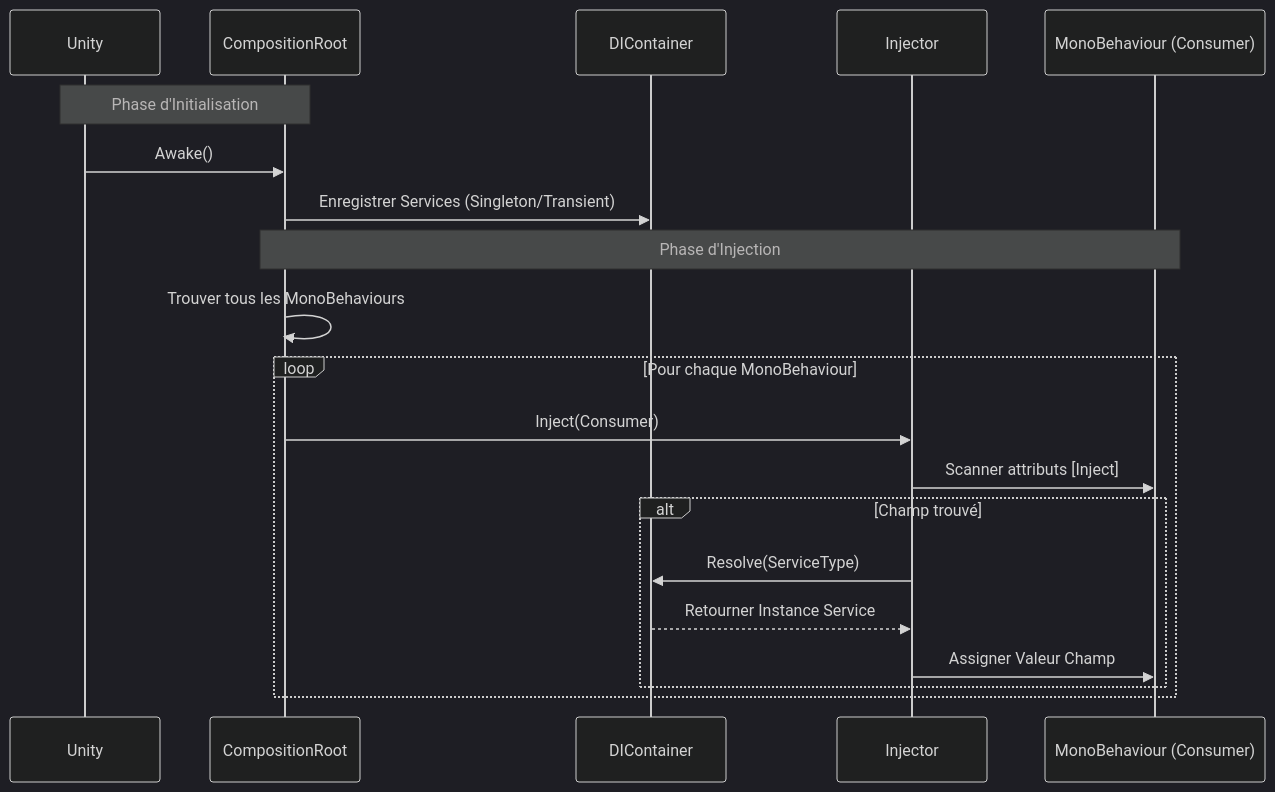
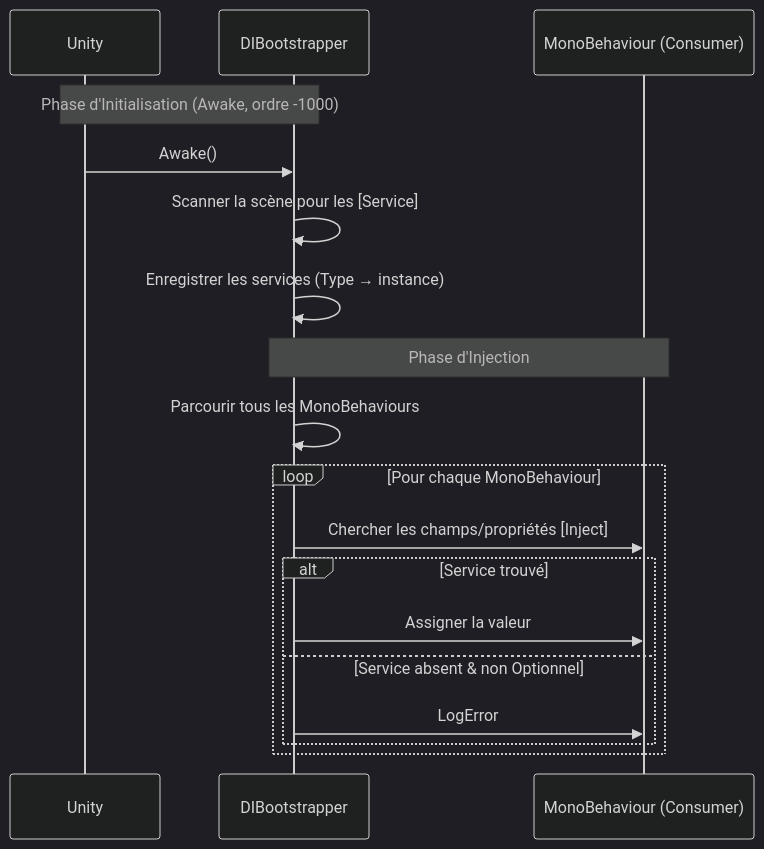
Before and after one commit to EthanDalessandro/EthanToolBox: the diagram in README.fr.md, drawn with Mermaid (dark theme). The commit also changed other lines of this file and 1 other file, not shown here.

````diff
--- a/README.fr.md
+++ b/README.fr.md
@@ -26,24 +28,22 @@
 ```mermaid
 sequenceDiagram
     participant Unity
-    participant Root as CompositionRoot
-    participant Container as DIContainer
-    participant Injector
+    participant Bootstrapper as DIBootstrapper
     participant Consumer as MonoBehaviour (Consumer)
 
-    Note over Unity, Root: Phase d'Initialisation
-    Unity->>Root: Awake()
-    Root->>Container: Enregistrer Services (Singleton/Transient)
-    
-    Note over Root, Consumer: Phase d'Injection
-    Root->>Root: Trouver tous les MonoBehaviours
+    Note over Unity, Bootstrapper: Phase d'Initialisation (Awake, ordre -1000)
+    Unity->>Bootstrapper: Awake()
+    Bootstrapper->>Bootstrapper: Scanner la scène pour les [Service]
+    Bootstrapper->>Bootstrapper: Enregistrer les services (Type → instance)
+
+    Note over Bootstrapper, Consumer: Phase d'Injection
+    Bootstrapper->>Bootstrapper: Parcourir tous les MonoBehaviours
     loop Pour chaque MonoBehaviour
-        Root->>Injector: Inject(Consumer)
-        Injector->>Consumer: Scanner attributs [Inject]
-        alt Champ trouvé
-            Injector->>Container: Resolve(ServiceType)
-            Container-->>Injector: Retourner Instance Service
-            Injector->>Consumer: Assigner Valeur Champ
+        Bootstrapper->>Consumer: Chercher les champs/propriétés [Inject]
+        alt Service trouvé
+            Bootstrapper->>Consumer: Assigner la valeur
+        else Service absent & non Optionnel
+            Bootstrapper->>Consumer: LogError
         end
     end
 ```
````
